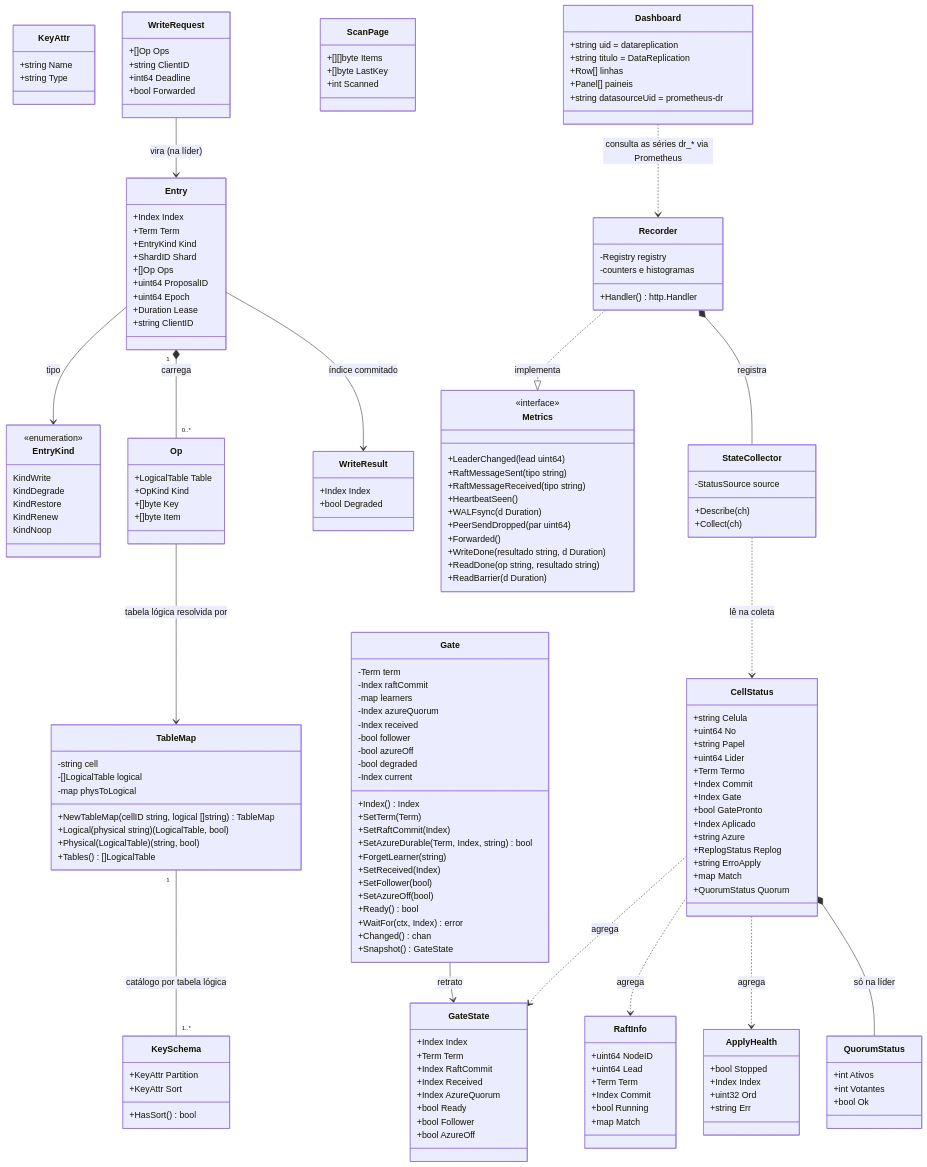
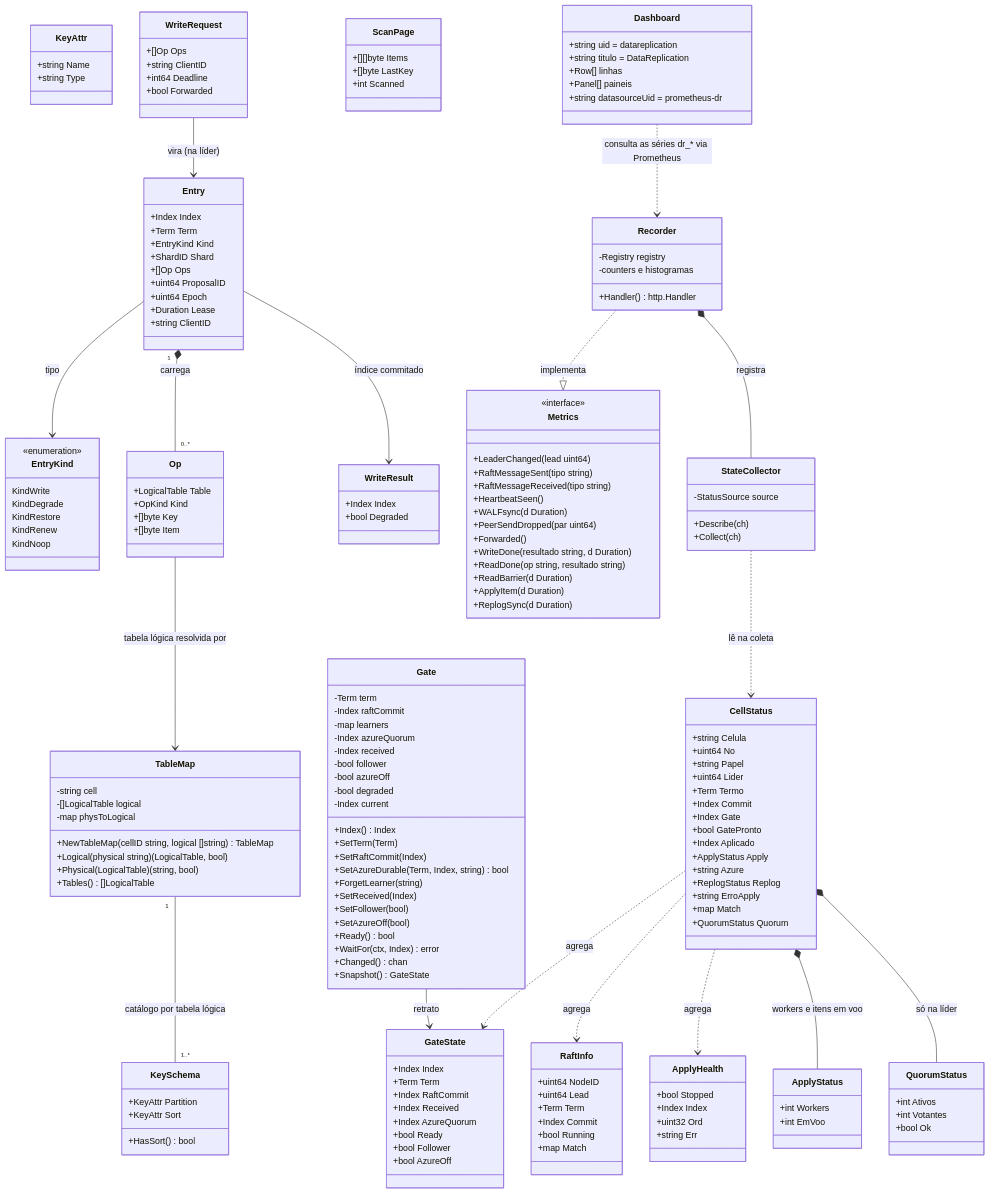
One commit to brbarmex/k changed the diagram in spdd/prompt/GGQPA-XXX-202610132059-[Feat]-service-poc-local-datareplication-tres-celulas-aws.md. Above: the diagram before and after it, drawn with Mermaid. The commit also changed other lines of this file and 124 other files, not shown here.

```diff
--- a/spdd/prompt/GGQPA-XXX-202610132059-[Feat]-service-poc-local-datareplication-tres-celulas-aws.md
+++ b/spdd/prompt/GGQPA-XXX-202610132059-[Feat]-service-poc-local-datareplication-tres-celulas-aws.md
@@ -131,6 +132,11 @@
     +string Err
 }
 
+class ApplyStatus {
+    +int Workers
+    +int EmVoo
+}
+
 class RaftInfo {
     +uint64 NodeID
     +uint64 Lead
@@ -150,6 +156,7 @@
     +Index Gate
     +bool GatePronto
     +Index Aplicado
+    +ApplyStatus Apply
     +string Azure
     +ReplogStatus Replog
     +string ErroApply
@@ -175,6 +182,8 @@
     +WriteDone(resultado string, d Duration)
     +ReadDone(op string, resultado string)
     +ReadBarrier(d Duration)
+    +ApplyItem(d Duration)
+    +ReplogSync(d Duration)
 }
 
 class Recorder {
@@ -207,6 +216,7 @@
 CellStatus ..> GateState : agrega
 CellStatus ..> RaftInfo : agrega
 CellStatus ..> ApplyHealth : agrega
+CellStatus *-- ApplyStatus : workers e itens em voo
 CellStatus *-- QuorumStatus : só na líder
 Recorder ..|> Metrics : implementa
 Recorder *-- StateCollector : registra
```
